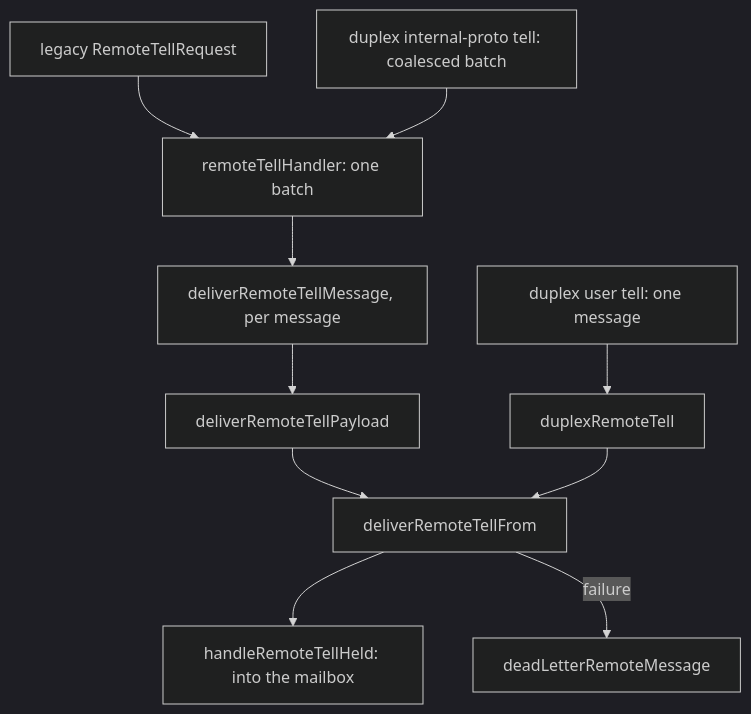
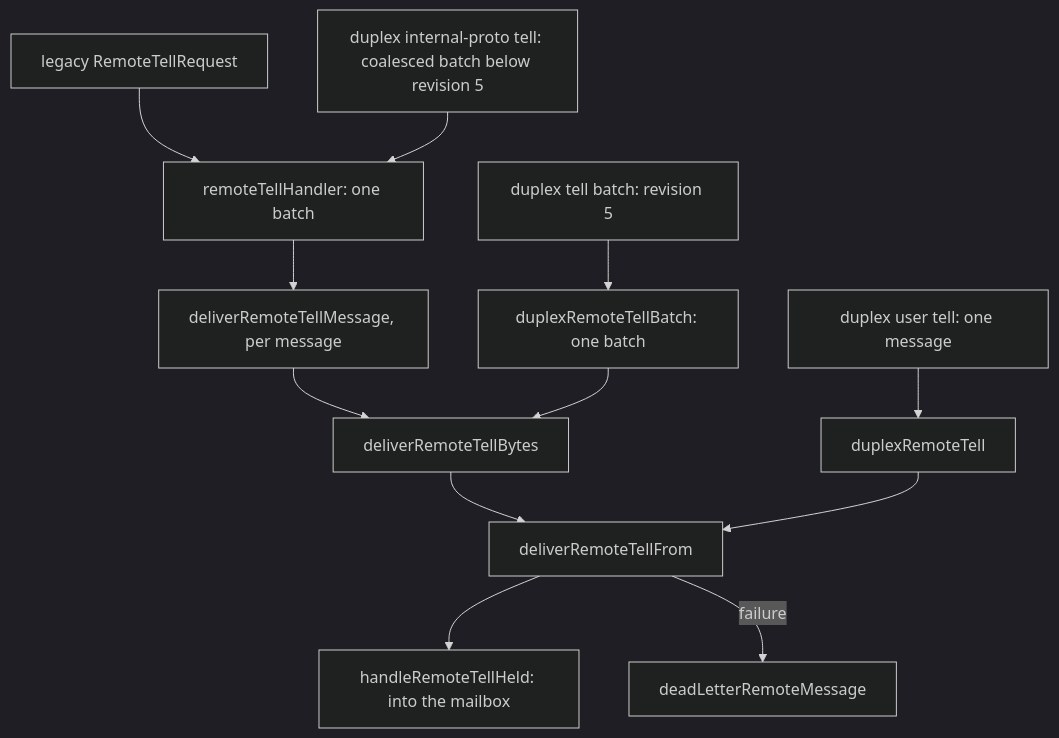
The diagram in book/chapters/chap-17.md (Tochemey/goakt), drawn with Mermaid (dark theme) before and after one commit. The commit also changed other lines of this file and 19 other files, not shown here.

````diff
--- a/book/chapters/chap-17.md
+++ b/book/chapters/chap-17.md
@@ -266,12 +266,14 @@
 ```mermaid
 flowchart TD
     A["legacy RemoteTellRequest"] --> H["remoteTellHandler: one batch"]
-    B["duplex internal-proto tell: coalesced batch"] --> H
+    B["duplex internal-proto tell: coalesced batch below revision 5"] --> H
+    T["duplex tell batch: revision 5"] --> TB["duplexRemoteTellBatch: one batch"]
     C["duplex user tell: one message"] --> D["duplexRemoteTell"]
     H --> M["deliverRemoteTellMessage, per message"]
-    M --> P["deliverRemoteTellPayload"]
+    M --> P["deliverRemoteTellBytes"]
+    TB --> P
     P --> F["deliverRemoteTellFrom"]
     D --> F
     F --> R["handleRemoteTellHeld: into the mailbox"]
     F -->|"failure"| DL["deadLetterRemoteMessage"]
 ```
````
